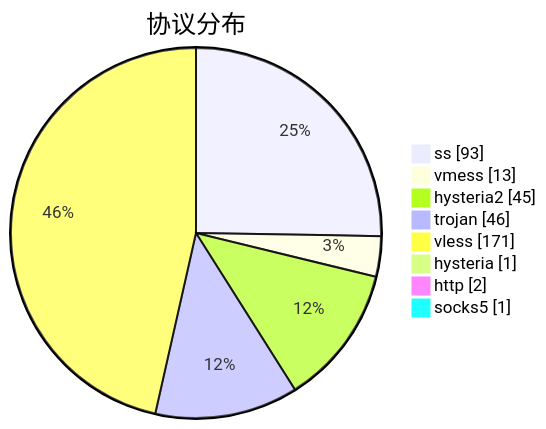
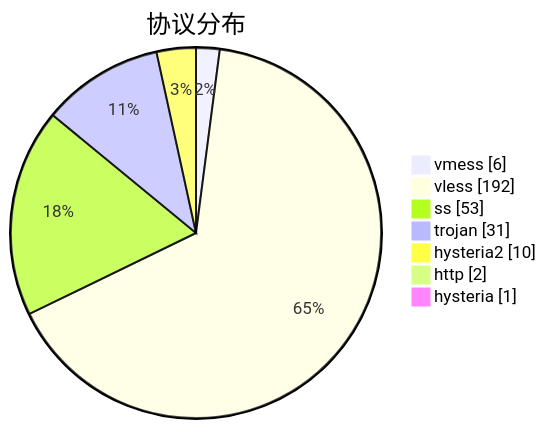
Before and after one commit to sinspired/airport: the third of 3 diagrams in subs/statistics/tested_within.md, drawn with Mermaid. The commit also changed other lines of this file and 2 other files, not shown here.

````diff
--- a/subs/statistics/tested_within.md
+++ b/subs/statistics/tested_within.md
@@ -47,12 +42,11 @@
 ```mermaid
 pie showData
 title 协议分布
-"ss" : 93
-"vmess" : 13
-"hysteria2" : 45
-"trojan" : 46
-"vless" : 171
+"vmess" : 6
+"vless" : 192
+"ss" : 53
+"trojan" : 31
+"hysteria2" : 10
+"http" : 2
 "hysteria" : 1
-"http" : 2
-"socks5" : 1
 ```
````
